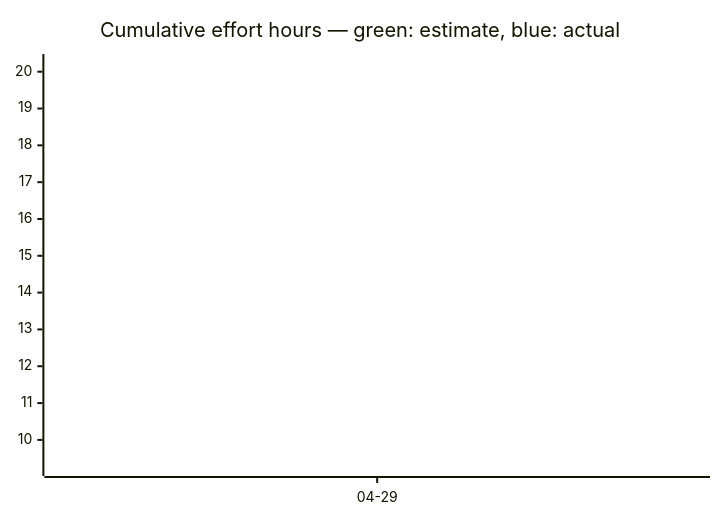
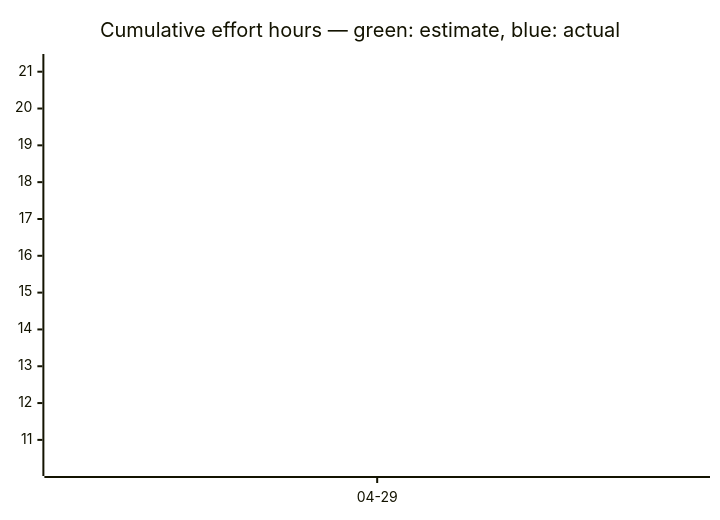
One commit to tgd1975/AwesomeStudioPedal changed the third of 3 diagrams in docs/developers/tasks/OVERVIEW.md. Above: the diagram before and after it, drawn with Mermaid. The commit also changed other lines of this file and 8 other files, not shown here.

````diff
--- a/docs/developers/tasks/OVERVIEW.md
+++ b/docs/developers/tasks/OVERVIEW.md
@@ -38,7 +38,7 @@
 ```mermaid
 xychart-beta
     title "Cumulative effort hours — green: estimate, blue: actual"
     x-axis ["04-29"]
-    line [20.25]
-    line [9.25]
+    line [21.25]
+    line [10.25]
 ```
````
